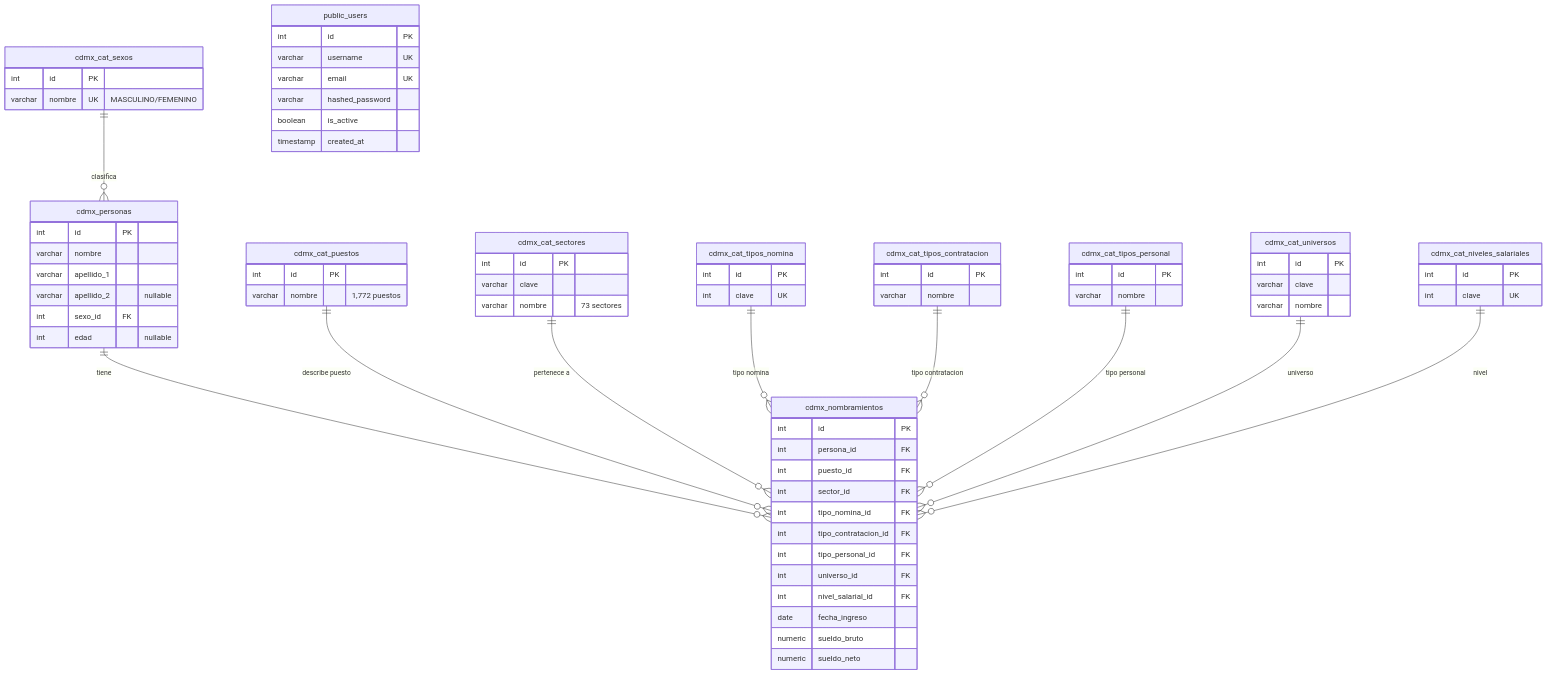
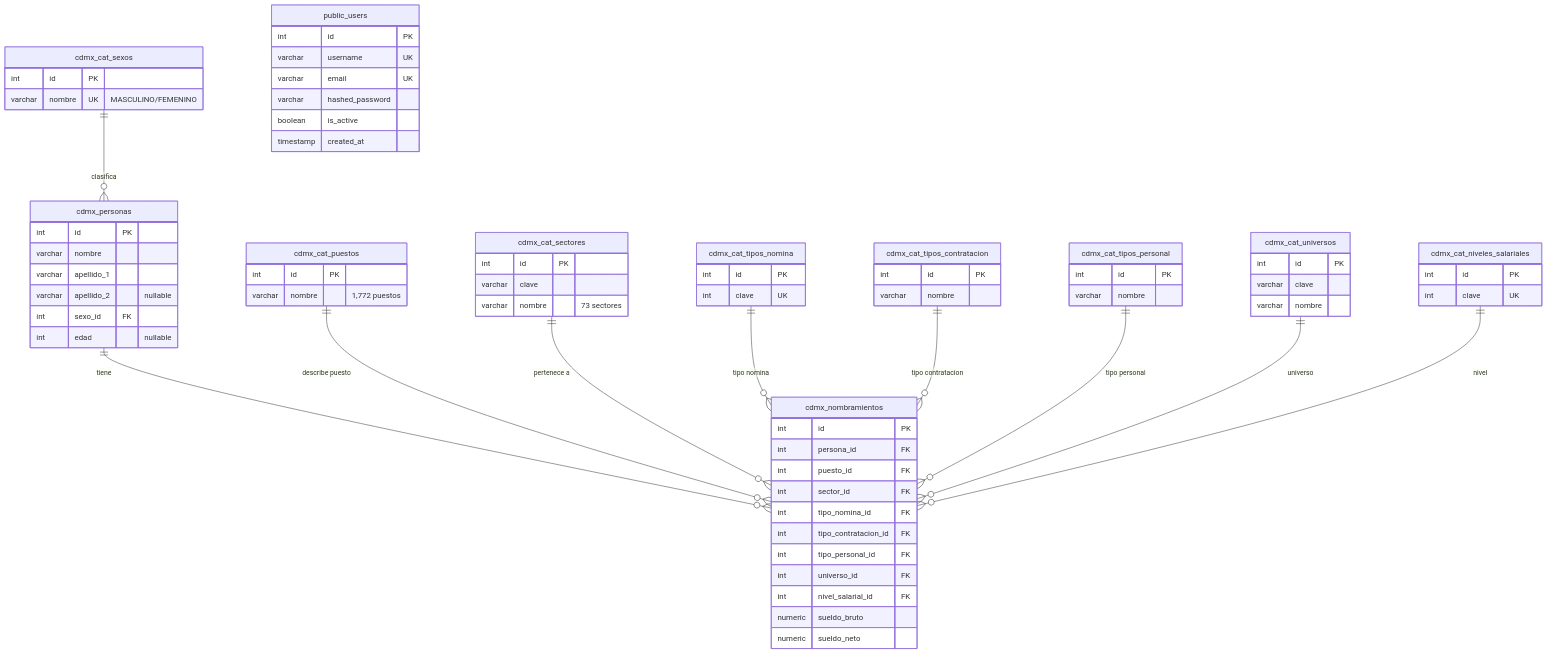
One commit to Datos-Mexico/proyecto-final-bd-itam-2026 changed the diagram in docs/diagrama-entidad-relacion.md. Above: the diagram before and after it, drawn with Mermaid. The commit also changed other lines of this file and 39 other files, not shown here.

```diff
--- a/docs/diagrama-entidad-relacion.md
+++ b/docs/diagrama-entidad-relacion.md
@@ -44,7 +44,6 @@
         int tipo_personal_id FK
         int universo_id FK
         int nivel_salarial_id FK
-        date fecha_ingreso
         numeric sueldo_bruto
         numeric sueldo_neto
     }
```
